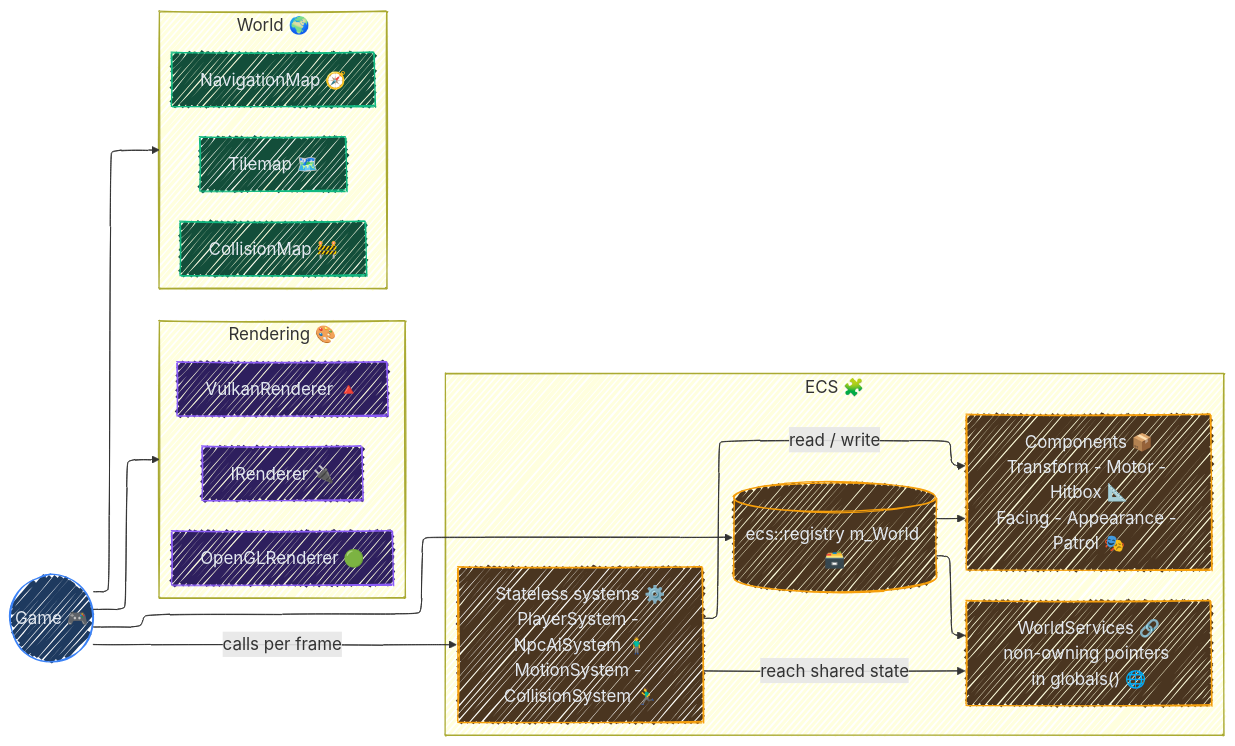
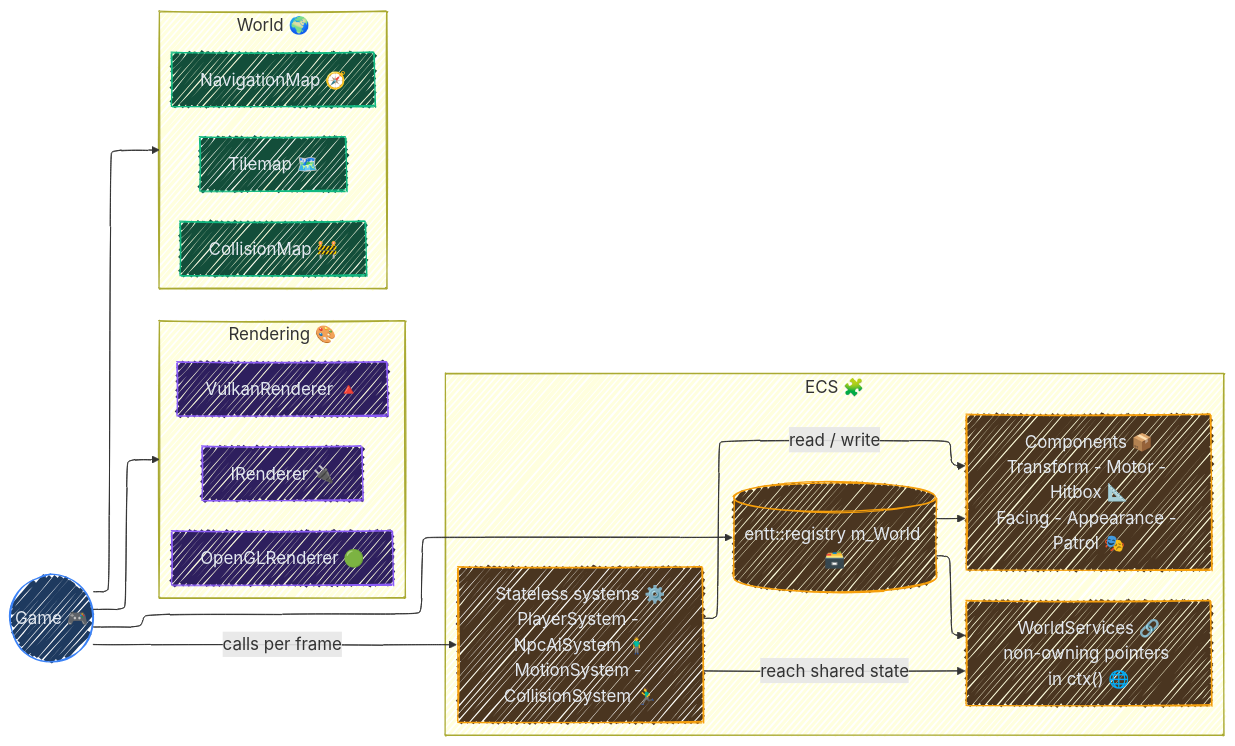
One commit to baaz777/rift changed the fourth of 5 diagrams in README.md. Above: the diagram before and after it, drawn with Mermaid. The commit also changed other lines of this file, not shown here.

Commit message:
📝 Rename README ECS registry references to EnTT

````diff
--- a/README.md
+++ b/README.md
@@ -339,45 +339,45 @@
 ```mermaid
 ---
 config:
   look: handDrawn
   theme: mc
   themeVariables:
     fontSize: 18px
   layout: elk
 ---
 graph LR
     classDef core fill:#1e3a5f,stroke:#3b82f6,color:#e2e8f0
     classDef render fill:#2e1f5e,stroke:#8b5cf6,color:#e2e8f0
     classDef world fill:#134e3a,stroke:#10b981,color:#e2e8f0
     classDef entity fill:#4a3520,stroke:#f59e0b,color:#e2e8f0
 
     Game(("Game 🎮")):::core
 
     subgraph Rendering["Rendering 🎨"]
         IRenderer["IRenderer 🔌"]:::render
         OpenGL["OpenGLRenderer 🟢"]:::render
         Vulkan["VulkanRenderer 🔺"]:::render
     end
 
     subgraph World["World 🌍"]
         Tilemap["Tilemap 🗺️"]:::world
         Collision["CollisionMap 🚧"]:::world
         Navigation["NavigationMap 🧭"]:::world
     end
 
     subgraph Entities["ECS 🧩"]
-        Registry[("ecs::registry m_World 🗃️")]:::entity
+        Registry[("entt::registry m_World 🗃️")]:::entity
         Components["Components 📦<br/>Transform - Motor - Hitbox 📐<br/>Facing - Appearance - Patrol 🎭"]:::entity
         Systems["Stateless systems ⚙️<br/>PlayerSystem - NpcAiSystem 🧍‍♂️<br/>MotionSystem - CollisionSystem 🏃‍♂️"]:::entity
-        Services["WorldServices 🔗<br/>non-owning pointers in globals() 🌐"]:::entity
+        Services["WorldServices 🔗<br/>non-owning pointers in ctx() 🌐"]:::entity
     end
 
     Game --> Rendering
     Game --> World
     Game --> Registry
     Game -->|calls per frame| Systems
     Registry --> Components
     Registry --> Services
     Systems -->|read / write| Components
     Systems -->|reach shared state| Services
 ```
````
